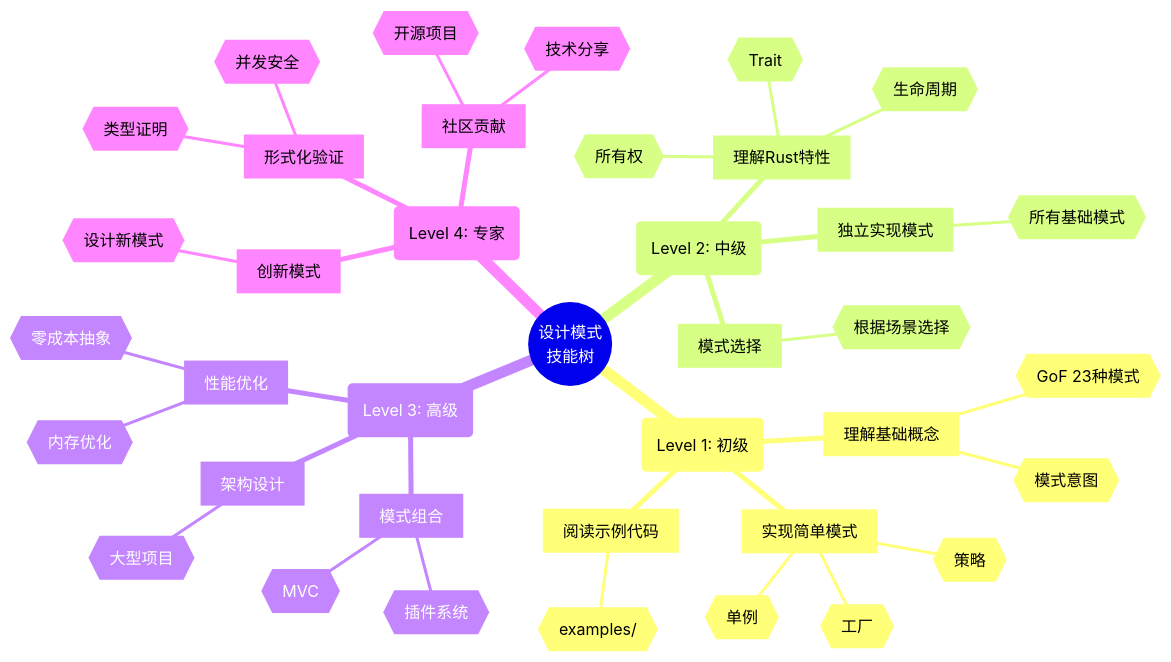
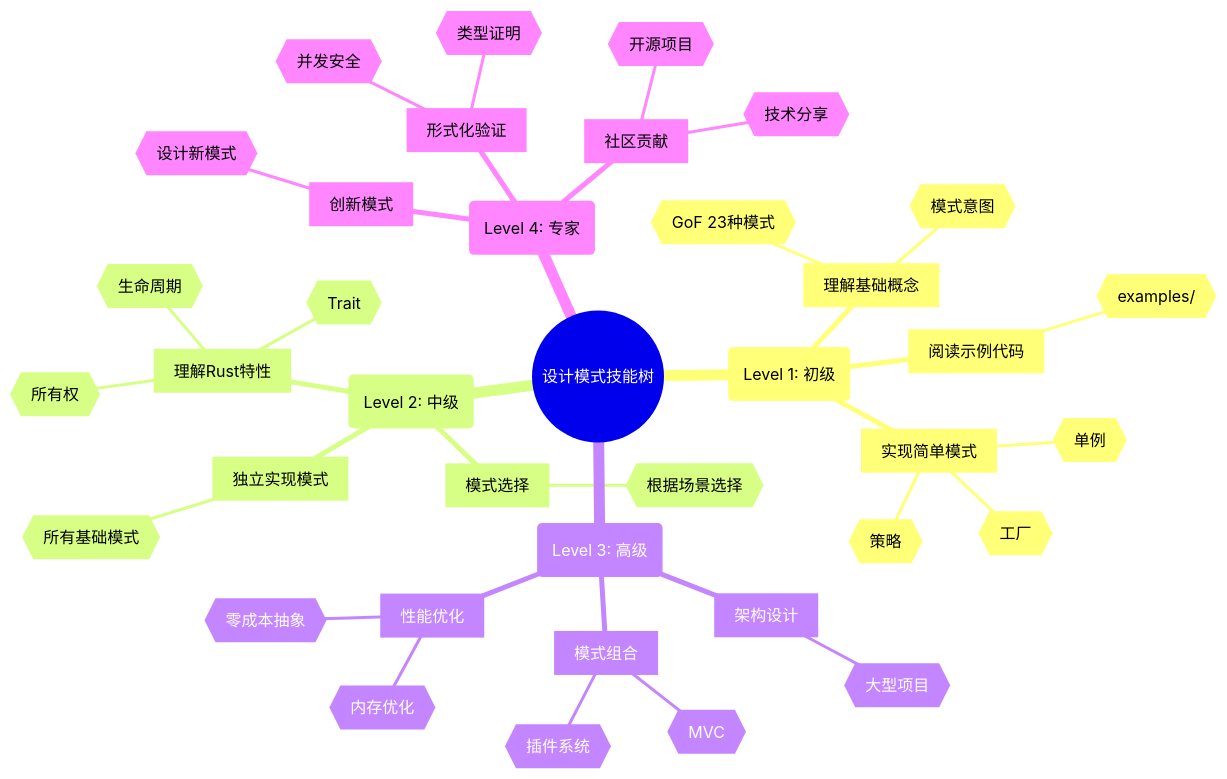
Diagram 15 of 20 in crates/c09_design_pattern/docs/MIND_MAP.md (martin-ly/rust-lang), drawn with Mermaid before and after one commit. The commit also changed other lines of this file and 42 other files, not shown here.

````diff
--- a/crates/c09_design_pattern/docs/MIND_MAP.md
+++ b/crates/c09_design_pattern/docs/MIND_MAP.md
@@ -771,41 +771,41 @@
 ```mermaid
 mindmap
-  root((设计模式<br/>技能树))
+  root((设计模式技能树))
     (Level 1: 初级)
       [理解基础概念]
         {{GoF 23种模式}}
         {{模式意图}}
       [实现简单模式]
         {{单例}}
         {{工厂}}
         {{策略}}
       [阅读示例代码]
         {{examples/}}
     (Level 2: 中级)
       [独立实现模式]
         {{所有基础模式}}
       [理解Rust特性]
         {{所有权}}
         {{生命周期}}
         {{Trait}}
       [模式选择]
         {{根据场景选择}}
     (Level 3: 高级)
       [模式组合]
         {{MVC}}
         {{插件系统}}
       [性能优化]
         {{零成本抽象}}
         {{内存优化}}
       [架构设计]
         {{大型项目}}
     (Level 4: 专家)
       [创新模式]
         {{设计新模式}}
       [形式化验证]
         {{类型证明}}
         {{并发安全}}
       [社区贡献]
         {{开源项目}}
         {{技术分享}}
 ```
````
